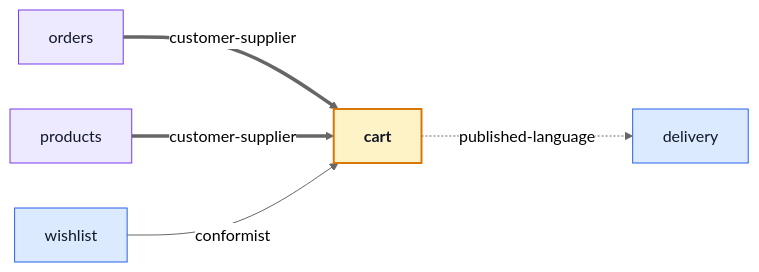
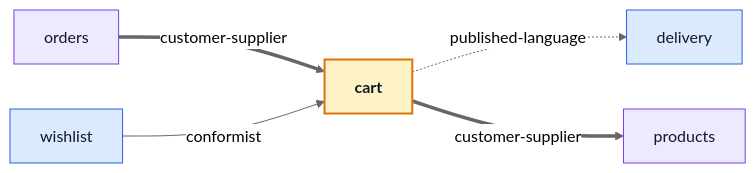
One commit to Guebbit/boilerplate-vue-frontend changed the diagram in docs/modules/cart.md. Above: the diagram before and after it, drawn with Mermaid (neutral theme). The commit also changed other lines of this file and 65 other files, not shown here.

First line of the commit message:
refactor(app): the shell stops importing account, and cart reads products, not the reverse

````diff
--- a/docs/modules/cart.md
+++ b/docs/modules/cart.md
@@ -24,16 +24,16 @@
 ```mermaid
 %%{init: {'flowchart': {'nodeSpacing': 45, 'rankSpacing': 75}}}%%
 flowchart LR
     orders["orders"] ==>|"customer-supplier"| cart["<b>cart</b>"]
-    products["products"] ==>|"customer-supplier"| cart["<b>cart</b>"]
     wishlist["wishlist"] -->|"conformist"| cart["<b>cart</b>"]
     cart["<b>cart</b>"] -.->|"published-language"| delivery["delivery"]
+    cart["<b>cart</b>"] ==>|"customer-supplier"| products["products"]
 
     classDef core fill:#ede9fe,stroke:#7c3aed,color:#111827;
     classDef supporting fill:#dbeafe,stroke:#2563eb,color:#111827;
     classDef generic fill:#ccfbf1,stroke:#0f766e,color:#111827;
     classDef self fill:#fef3c7,stroke:#d97706,color:#111827,stroke-width:2px;
     class orders,products core;
     class delivery,wishlist supporting;
     class cart self;
 ```
````
